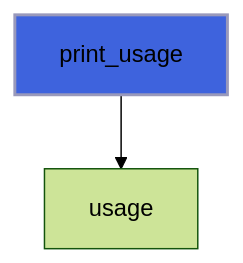
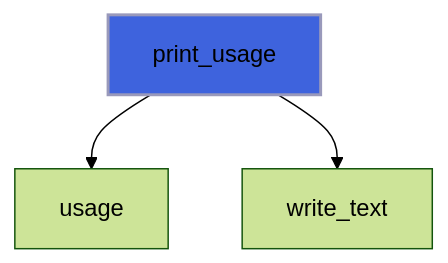
Before and after one commit to szaghi/FLAP: diagram 35 of 57 in docs/api/src/lib/flap_command_line_interface_t.md, drawn with Mermaid (forest theme). The commit also changed other lines of this file and 7 other files, not shown here.

````diff
--- a/docs/api/src/lib/flap_command_line_interface_t.md
+++ b/docs/api/src/lib/flap_command_line_interface_t.md
@@ -1354,5 +1354,6 @@
 ```mermaid
 flowchart TD
   print_usage["print_usage"] --> usage["usage"]
+  print_usage["print_usage"] --> write_text["write_text"]
   style print_usage fill:#3e63dd,stroke:#99b,stroke-width:2px
 ```
````
